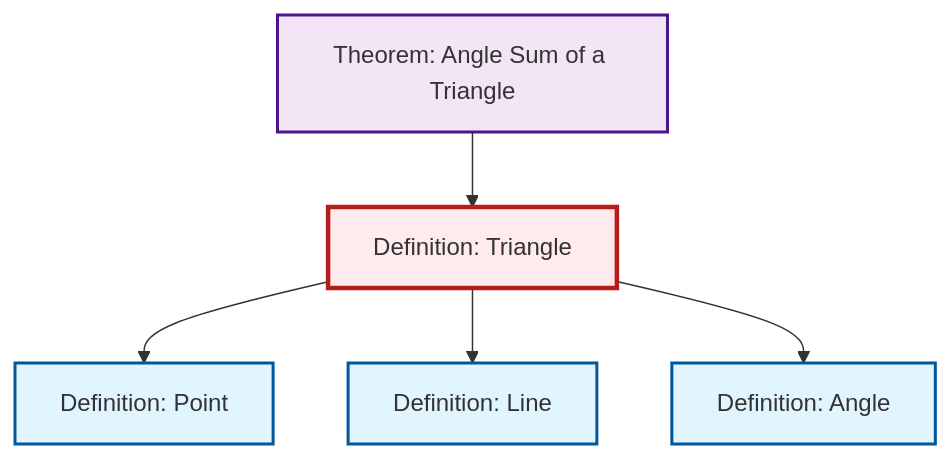
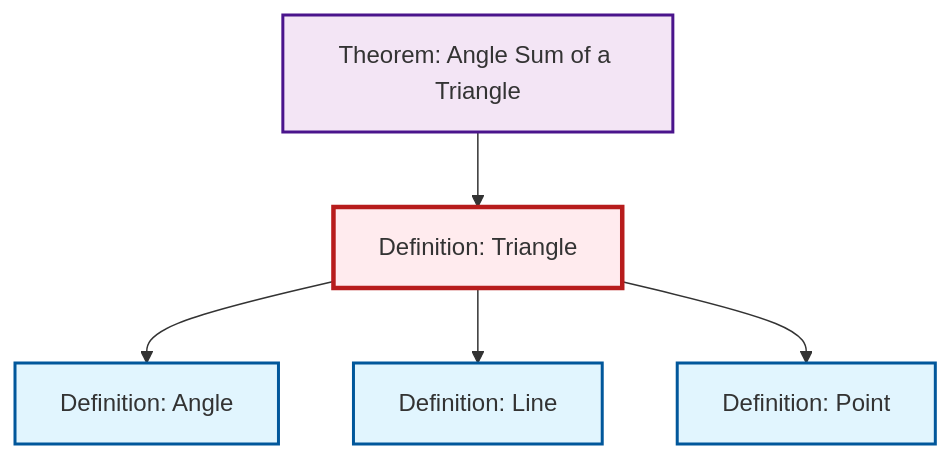
The diagram in content/ja/geometry/def-triangle.qmd (RK0429/ModernMath), drawn with Mermaid before and after one commit. The commit also changed other lines of this file and 634 other files, not shown here.

````diff
--- a/content/ja/geometry/def-triangle.qmd
+++ b/content/ja/geometry/def-triangle.qmd
@@ -60,23 +60,23 @@
 ```{mermaid}
 %%| fig-cap: "Local dependency graph"
 graph TD
     classDef definition fill:#e1f5fe,stroke:#01579b,stroke-width:2px
     classDef theorem fill:#f3e5f5,stroke:#4a148c,stroke-width:2px
     classDef axiom fill:#fff3e0,stroke:#e65100,stroke-width:2px
     classDef example fill:#e8f5e9,stroke:#1b5e20,stroke-width:2px
     classDef current fill:#ffebee,stroke:#b71c1c,stroke-width:3px
     def-point["Definition: Point"]:::definition
     def-triangle["Definition: Triangle"]:::definition
     thm-angle-sum-triangle["Theorem: Angle Sum of a Triangle"]:::theorem
+    def-angle["Definition: Angle"]:::definition
     def-line["Definition: Line"]:::definition
-    def-angle["Definition: Angle"]:::definition
+    def-triangle --> def-angle
+    def-triangle --> def-line
+    thm-angle-sum-triangle --> def-triangle
     def-triangle --> def-point
-    thm-angle-sum-triangle --> def-triangle
-    def-triangle --> def-line
-    def-triangle --> def-angle
     class def-triangle current
     click def-point "def-point.html" "Definition: Pointへ"
     click thm-angle-sum-triangle "thm-angle-sum-triangle.html" "Theorem: Angle Sum of a Triangleへ"
+    click def-angle "def-angle.html" "Definition: Angleへ"
     click def-line "def-line.html" "Definition: Lineへ"
-    click def-angle "def-angle.html" "Definition: Angleへ"
 ```
````
